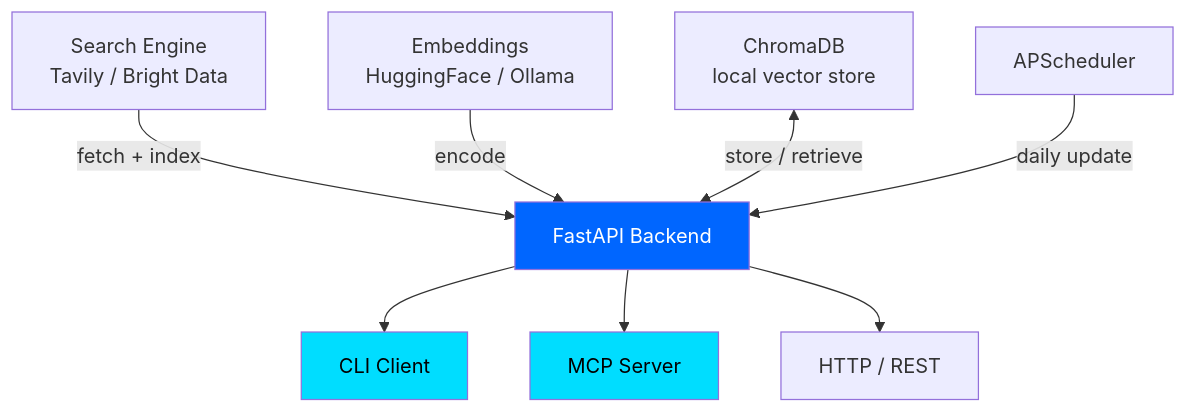
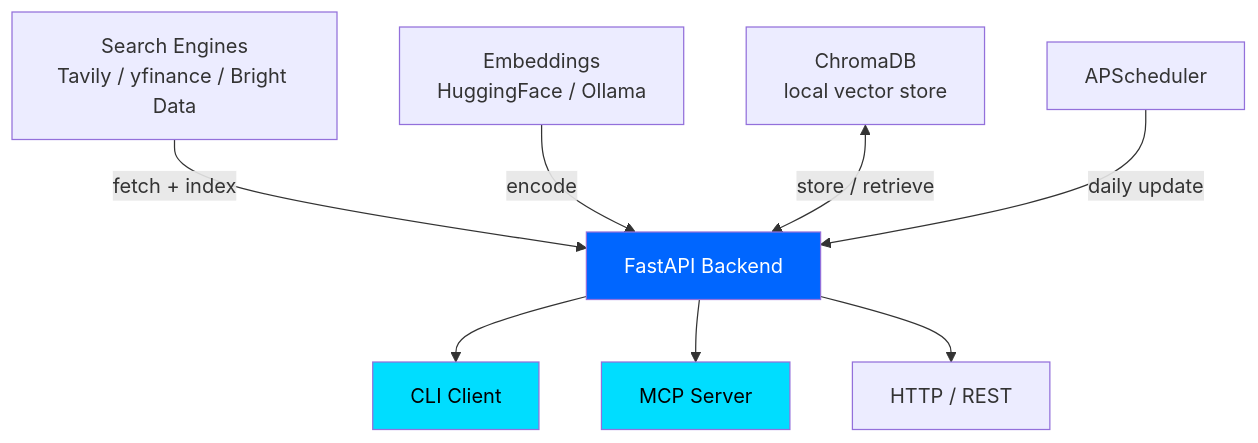
One commit to Arseni1919/ragy changed the diagram in README.md. Above: the diagram before and after it, drawn with Mermaid. The commit also changed other lines of this file and 19 other files, not shown here.

First line of the commit message:
Add yfinance integration for financial data search

````diff
--- a/README.md
+++ b/README.md
@@ -284,14 +345,14 @@
 ```mermaid
 graph TD
-    D[Search Engine<br/>Tavily / Bright Data] -->|fetch + index| B
+    D[Search Engines<br/>Tavily / yfinance / Bright Data] -->|fetch + index| B
     C[Embeddings<br/>HuggingFace / Ollama] -->|encode| B
     A[ChromaDB<br/>local vector store] <-->|store / retrieve| B[FastAPI Backend]
     B --> E[CLI Client]
     B --> F[MCP Server]
     B --> G[HTTP / REST]
     H[APScheduler] -->|daily update| B
 
     style B fill:#0066FF,color:#fff
     style E fill:#00DDFF,color:#000
     style F fill:#00DDFF,color:#000
 ```
````
